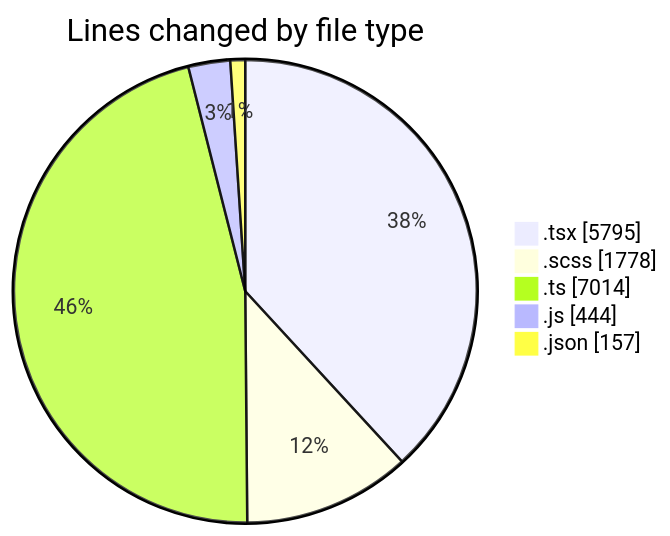
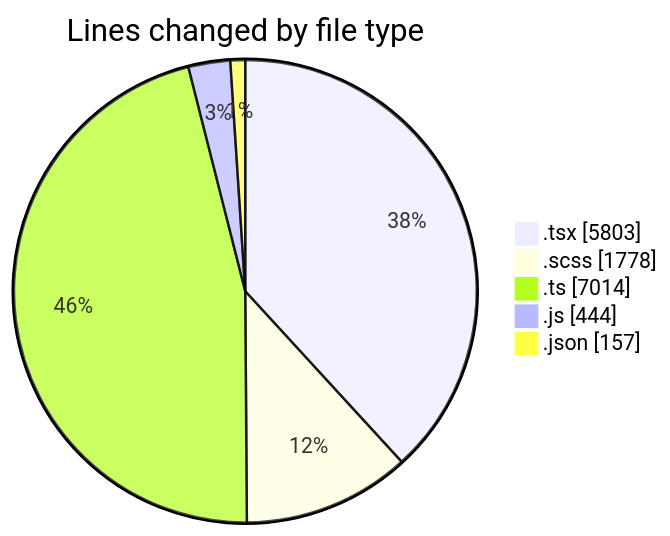
One commit to momahboobian/code-tracking changed the first of 2 diagrams in 2026-04-23/cda/README.md. Above: the diagram before and after it, drawn with Mermaid. The commit also changed other lines of this file and 1 other file, not shown here.

````diff
--- a/2026-04-23/cda/README.md
+++ b/2026-04-23/cda/README.md
@@ -45,9 +45,9 @@
 ```mermaid
 pie showData
 title Lines changed by file type
-".tsx" : 5795
+".tsx" : 5803
 ".scss" : 1778
 ".ts" : 7014
 ".js" : 444
 ".json" : 157
 ```
````
